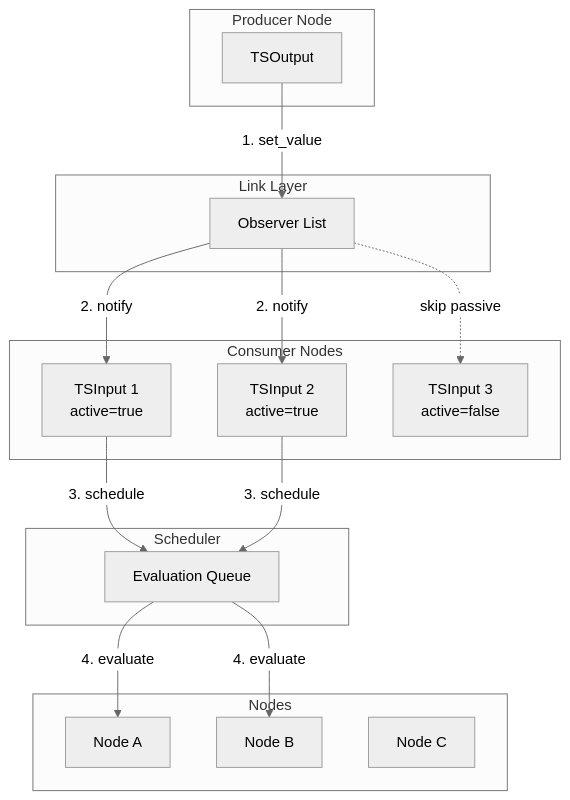
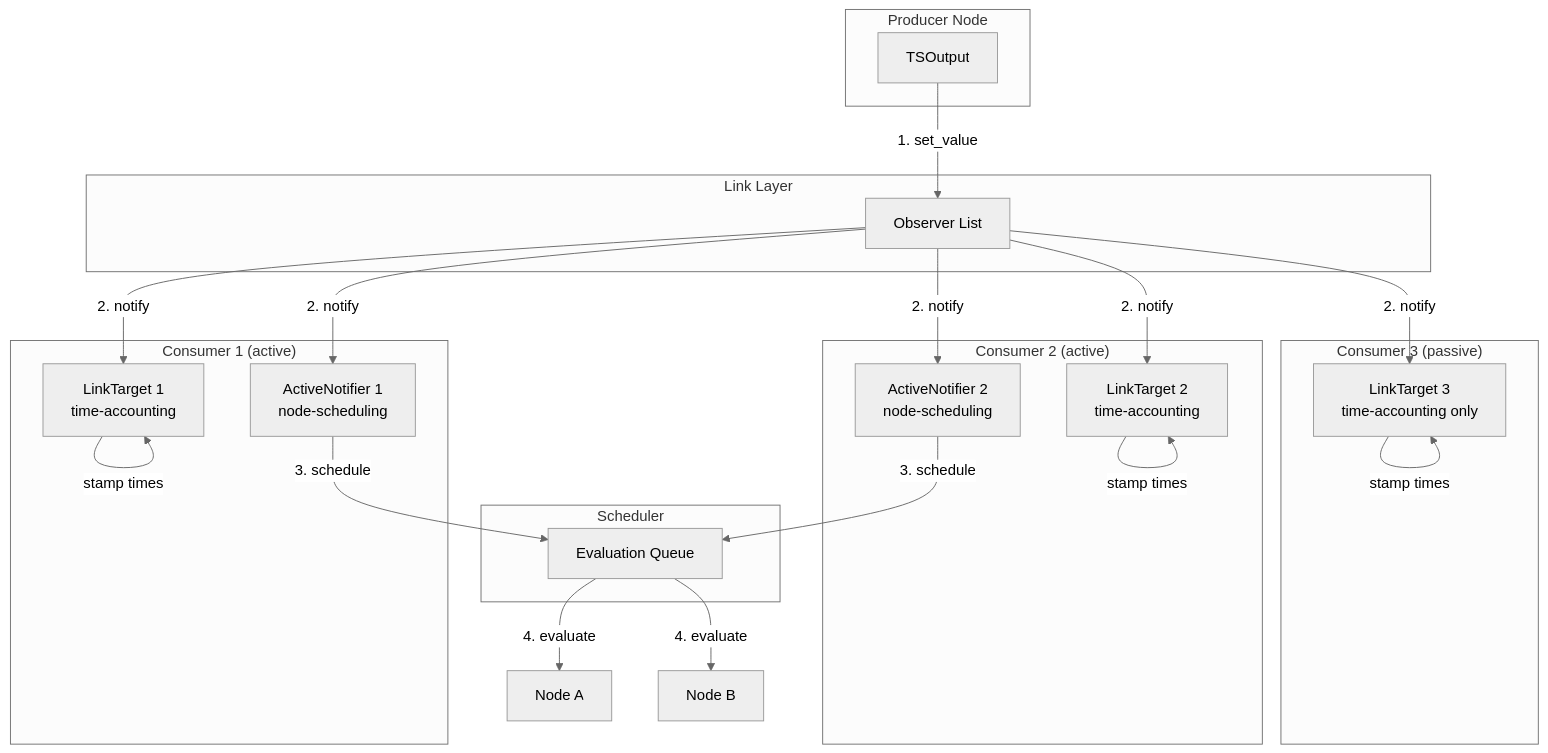
The seventh of 13 diagrams in ts_value_v2601/user_guide/04_LINKS_AND_BINDING.md (hhenson/hgraph), drawn with Mermaid (neutral theme) before and after one commit. The commit also changed other lines of this file and 1 other file, not shown here.

````diff
--- a/ts_value_v2601/user_guide/04_LINKS_AND_BINDING.md
+++ b/ts_value_v2601/user_guide/04_LINKS_AND_BINDING.md
@@ -1089,35 +1116,42 @@
 ```mermaid
 flowchart TD
     subgraph Producer Node
         OUT[TSOutput]
     end
 
     subgraph Link Layer
         OBS[Observer List]
     end
 
-    subgraph Consumer Nodes
-        IN1[TSInput 1<br/>active=true]
-        IN2[TSInput 2<br/>active=true]
-        IN3[TSInput 3<br/>active=false]
+    subgraph "Consumer 1 (active)"
+        LT1[LinkTarget 1<br/>time-accounting]
+        AN1[ActiveNotifier 1<br/>node-scheduling]
+    end
+
+    subgraph "Consumer 2 (active)"
+        LT2[LinkTarget 2<br/>time-accounting]
+        AN2[ActiveNotifier 2<br/>node-scheduling]
+    end
+
+    subgraph "Consumer 3 (passive)"
+        LT3[LinkTarget 3<br/>time-accounting only]
     end
 
     subgraph Scheduler
         Q[Evaluation Queue]
     end
 
-    subgraph Nodes
-        N1[Node A]
-        N2[Node B]
-        N3[Node C]
-    end
-
     OUT -->|1. set_value| OBS
-    OBS -->|2. notify| IN1
-    OBS -->|2. notify| IN2
-    OBS -.->|skip passive| IN3
-    IN1 -->|3. schedule| Q
-    IN2 -->|3. schedule| Q
-    Q -->|4. evaluate| N1
-    Q -->|4. evaluate| N2
+    OBS -->|2. notify| LT1
+    OBS -->|2. notify| AN1
+    OBS -->|2. notify| LT2
+    OBS -->|2. notify| AN2
+    OBS -->|2. notify| LT3
+    LT1 -->|stamp times| LT1
+    LT2 -->|stamp times| LT2
+    LT3 -->|stamp times| LT3
+    AN1 -->|3. schedule| Q
+    AN2 -->|3. schedule| Q
+    Q -->|4. evaluate| N1[Node A]
+    Q -->|4. evaluate| N2[Node B]
 ```
````
